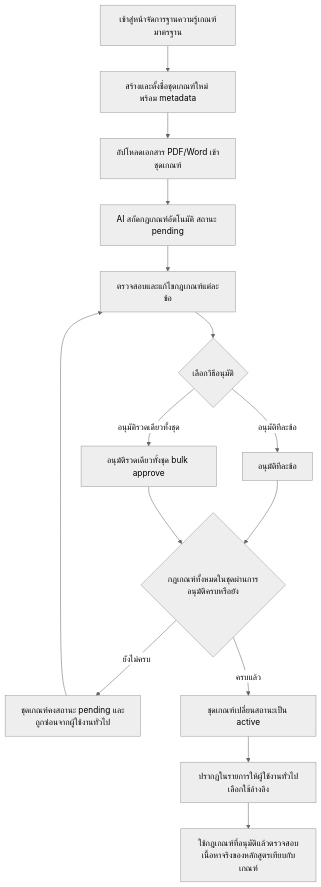
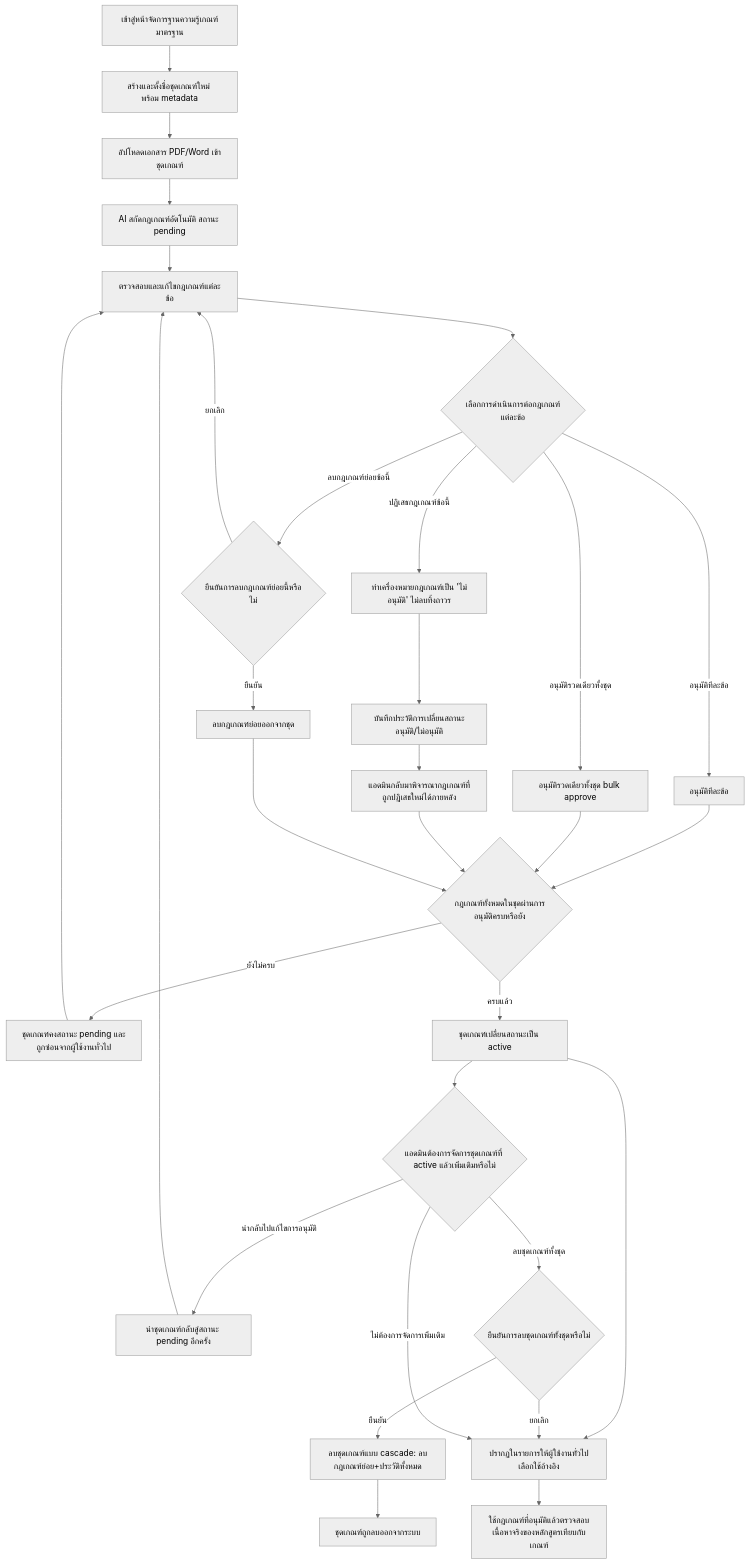
One commit to patcharapolpon-ux/Cur-Mate changed the diagram in docs/02-design/01-prototypes/20260823-03-user-journey-admin-manage-criteria-knowledge-base.md. Above: the diagram before and after it, drawn with Mermaid (neutral theme). The commit also changed other lines of this file and 22 other files, not shown here.

````diff
--- a/docs/02-design/01-prototypes/20260823-03-user-journey-admin-manage-criteria-knowledge-base.md
+++ b/docs/02-design/01-prototypes/20260823-03-user-journey-admin-manage-criteria-knowledge-base.md
@@ -19,17 +19,33 @@
 ```mermaid
 flowchart TD
     A[เข้าสู่หน้าจัดการฐานความรู้เกณฑ์มาตรฐาน] --> B[สร้างและตั้งชื่อชุดเกณฑ์ใหม่ พร้อม metadata]
     B --> C[อัปโหลดเอกสาร PDF/Word เข้าชุดเกณฑ์]
     C --> D[AI สกัดกฎเกณฑ์อัตโนมัติ สถานะ pending]
     D --> E[ตรวจสอบและแก้ไขกฎเกณฑ์แต่ละข้อ]
-    E --> F{เลือกวิธีอนุมัติ}
+    E --> F{เลือกการดำเนินการต่อกฎเกณฑ์แต่ละข้อ}
     F -->|อนุมัติทีละข้อ| G[อนุมัติทีละข้อ]
     F -->|อนุมัติรวดเดียวทั้งชุด| H[อนุมัติรวดเดียวทั้งชุด bulk approve]
+    F -->|ปฏิเสธกฎเกณฑ์ข้อนี้| N1["ทำเครื่องหมายกฎเกณฑ์เป็น 'ไม่อนุมัติ' ไม่ลบทิ้งถาวร"]
+    F -->|ลบกฎเกณฑ์ย่อยข้อนี้| DL1{ยืนยันการลบกฎเกณฑ์ย่อยนี้หรือไม่}
+    DL1 -->|ยืนยัน| DL2[ลบกฎเกณฑ์ย่อยออกจากชุด]
+    DL1 -->|ยกเลิก| E
+    N1 --> N2[บันทึกประวัติการเปลี่ยนสถานะอนุมัติ/ไม่อนุมัติ]
+    N2 --> N3[แอดมินกลับมาพิจารณากฎเกณฑ์ที่ถูกปฏิเสธใหม่ได้ภายหลัง]
     G --> I{กฎเกณฑ์ทั้งหมดในชุดผ่านการอนุมัติครบหรือยัง}
     H --> I
+    N3 --> I
+    DL2 --> I
     I -->|ยังไม่ครบ| J[ชุดเกณฑ์คงสถานะ pending และถูกซ่อนจากผู้ใช้งานทั่วไป]
     J --> E
     I -->|ครบแล้ว| K[ชุดเกณฑ์เปลี่ยนสถานะเป็น active]
     K --> L[ปรากฏในรายการให้ผู้ใช้งานทั่วไปเลือกใช้อ้างอิง]
     L --> M[ใช้กฎเกณฑ์ที่อนุมัติแล้วตรวจสอบเนื้อหาจริงของหลักสูตรเทียบกับเกณฑ์]
+    K --> O{แอดมินต้องการจัดการชุดเกณฑ์ที่ active แล้วเพิ่มเติมหรือไม่}
+    O -->|นำกลับไปแก้ไขการอนุมัติ| P[นำชุดเกณฑ์กลับสู่สถานะ pending อีกครั้ง]
+    P --> E
+    O -->|ลบชุดเกณฑ์ทั้งชุด| Q1{ยืนยันการลบชุดเกณฑ์ทั้งชุดหรือไม่}
+    Q1 -->|ยืนยัน| Q2["ลบชุดเกณฑ์แบบ cascade: ลบกฎเกณฑ์ย่อย+ประวัติทั้งหมด"]
+    Q1 -->|ยกเลิก| L
+    Q2 --> R[ชุดเกณฑ์ถูกลบออกจากระบบ]
+    O -->|ไม่ต้องการจัดการเพิ่มเติม| L
 ```
````
